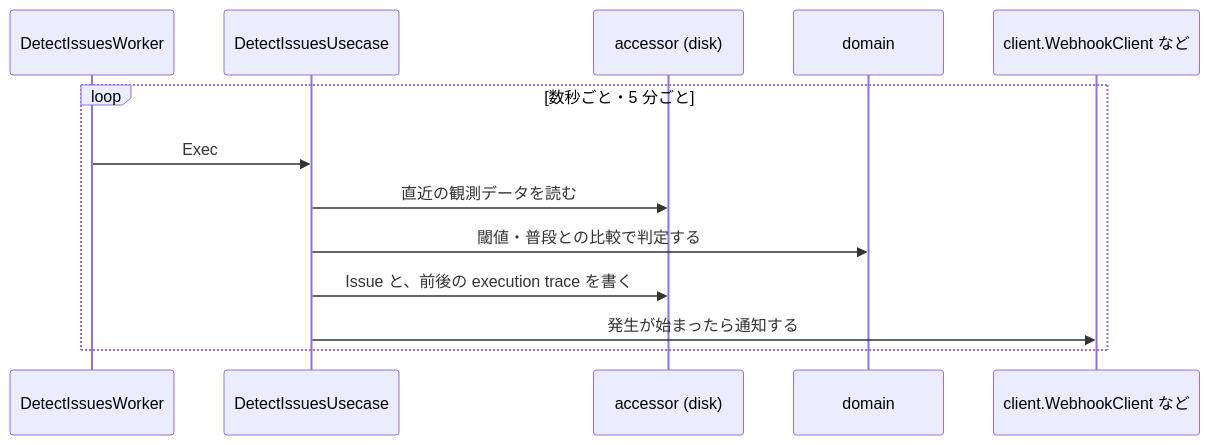
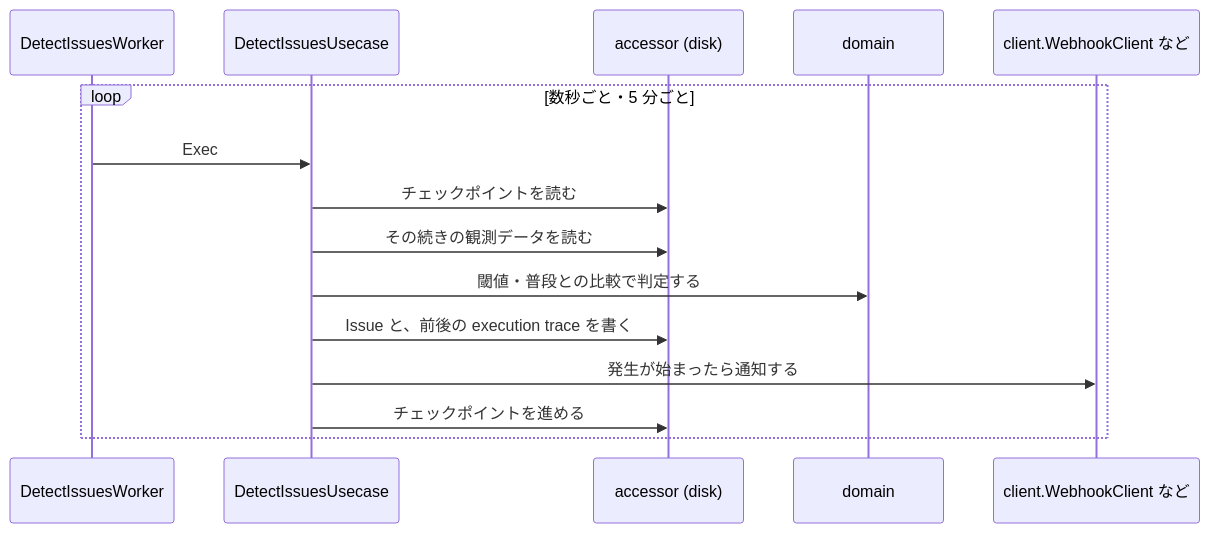
Before and after one commit to kakkky/gorviz: diagram 11 of 14 in docs/architecture.md, drawn with Mermaid. The commit also changed other lines of this file and 1 other file, not shown here.

````diff
--- a/docs/architecture.md
+++ b/docs/architecture.md
@@ -419,16 +455,18 @@
 ```mermaid
 sequenceDiagram
     participant W as DetectIssuesWorker
     participant U as DetectIssuesUsecase
     participant A as accessor (disk)
     participant D as domain
     participant N as client.WebhookClient など
 
     loop 数秒ごと・5 分ごと
         W->>U: Exec
-        U->>A: 直近の観測データを読む
+        U->>A: チェックポイントを読む
+        U->>A: その続きの観測データを読む
         U->>D: 閾値・普段との比較で判定する
         U->>A: Issue と、前後の execution trace を書く
         U->>N: 発生が始まったら通知する
+        U->>A: チェックポイントを進める
     end
 ```
````
